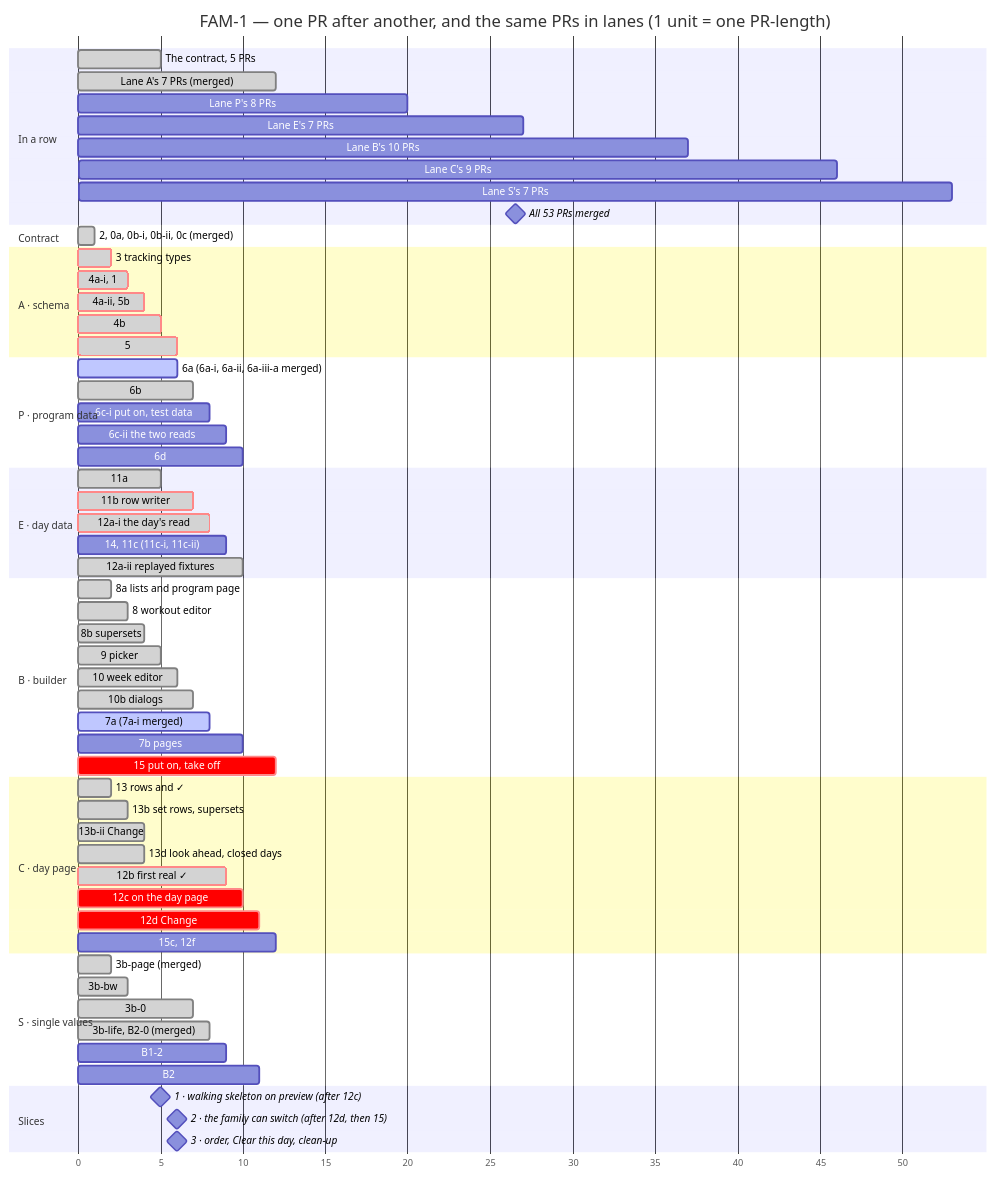
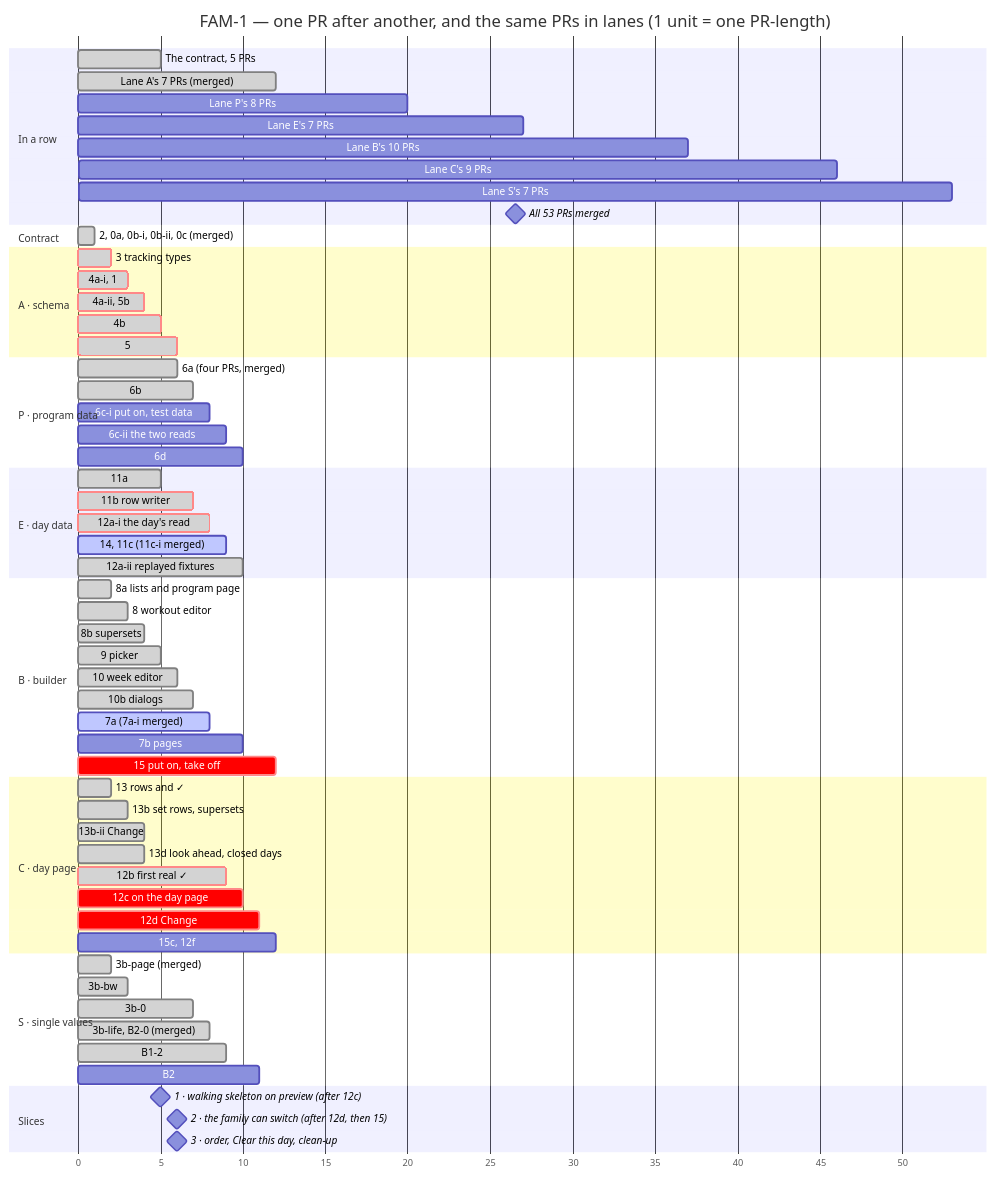
Before and after one commit to ralamode/mat-plan: the second of 2 diagrams in docs/milestones/fam-1-family-program.md, drawn with Mermaid. The commit also changed other lines of this file and 1 other file, not shown here.

Commit message:
docs(fam-1): 40 of 53 merged; who merges a pr; 6c-ii's proofs seed their own household

````diff
--- a/docs/milestones/fam-1-family-program.md
+++ b/docs/milestones/fam-1-family-program.md
@@ -258,75 +260,75 @@
 ```mermaid
 gantt
   title FAM-1 — one PR after another, and the same PRs in lanes (1 unit = one PR-length)
   dateFormat X
   axisFormat %s
   todayMarker off
 
   section In a row
   The contract, 5 PRs          :done, r0, 0, 5
   Lane A's 7 PRs (merged)      :done, r1, 5, 12
   Lane P's 8 PRs               :r2, 12, 20
   Lane E's 7 PRs               :r3, 20, 27
   Lane B's 10 PRs              :r4, 27, 37
   Lane C's 9 PRs               :r5, 37, 46
   Lane S's 7 PRs               :r6, 46, 53
   All 53 PRs merged            :milestone, rm, 53, 53
 
   section Contract
   2, 0a, 0b-i, 0b-ii, 0c (merged) :done, c0, 0, 1
 
   section A · schema
   3 tracking types             :crit, done, a1, 1, 2
   4a-i, 1                      :crit, done, a2, 2, 3
   4a-ii, 5b                    :crit, done, a3, 3, 4
   4b                           :crit, done, a4, 4, 5
   5                            :crit, done, a5, 5, 6
 
   section P · program data
-  6a (6a-i, 6a-ii, 6a-iii-a merged) :active, p1, 5, 6
+  6a (four PRs, merged)        :done, p1, 5, 6
   6b                           :done, p2, 6, 7
   6c-i put on, test data       :p3, 7, 8
   6c-ii the two reads          :p3b, 8, 9
   6d                           :p4, 9, 10
 
   section E · day data
   11a                          :done, e1, 4, 5
   11b row writer               :crit, done, e2, 5, 7
   12a-i the day's read         :crit, done, e3, 7, 8
-  14, 11c (11c-i, 11c-ii)      :e4, 8, 9
+  14, 11c (11c-i merged)       :active, e4, 8, 9
   12a-ii replayed fixtures     :done, e5, 9, 10
 
   section B · builder
   8a lists and program page    :done, b1, 1, 2
   8 workout editor             :done, b2, 2, 3
   8b supersets                 :done, b3, 3, 4
   9 picker                     :done, b4, 4, 5
   10 week editor               :done, b5, 5, 6
   10b dialogs                  :done, b6, 6, 7
   7a (7a-i merged)             :active, b7, 7, 8
   7b pages                     :b8, 9, 10
   15 put on, take off          :crit, b9, 11, 12
 
   section C · day page
   13 rows and ✓                :done, c1, 1, 2
   13b set rows, supersets      :done, c2, 2, 3
   13b-ii Change                :done, c2b, 3, 4
   13d look ahead, closed days  :done, c3, 3, 4
   12b first real ✓             :crit, done, c4, 8, 9
   12c on the day page          :crit, c5, 9, 10
   12d Change                   :crit, c6, 10, 11
   15c, 12f                     :c7, 11, 12
 
   section S · single values
   3b-page (merged)             :done, s1, 1, 2
   3b-bw                        :done, s2, 2, 3
   3b-0                         :done, s3, 6, 7
   3b-life, B2-0 (merged)       :done, s4, 7, 8
-  B1-2                         :s5, 8, 9
+  B1-2                         :done, s5, 8, 9
   B2                           :s6, 10, 11
 
   section Slices
   1 · walking skeleton on preview (after 12c) :milestone, m1, 10, 10
   2 · the family can switch (after 12d, then 15) :milestone, m2, 12, 12
   3 · order, Clear this day, clean-up         :milestone, m3, 12, 12
 ```
````
